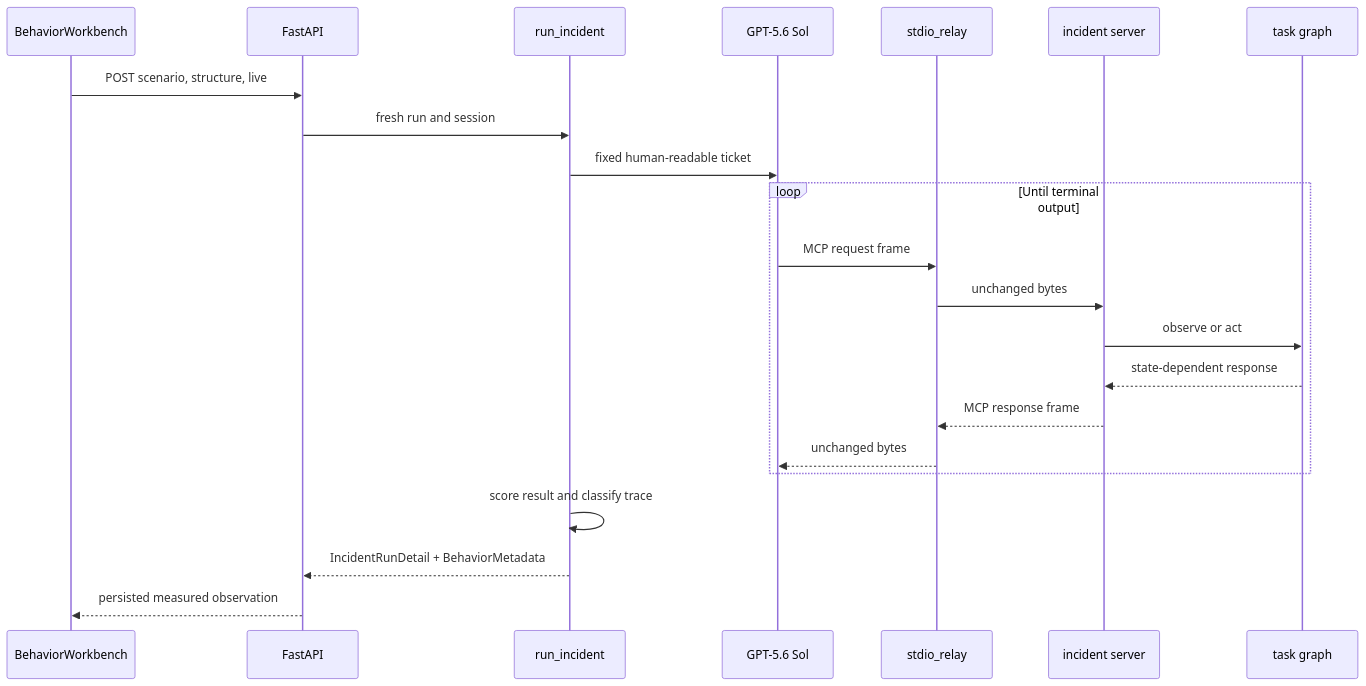
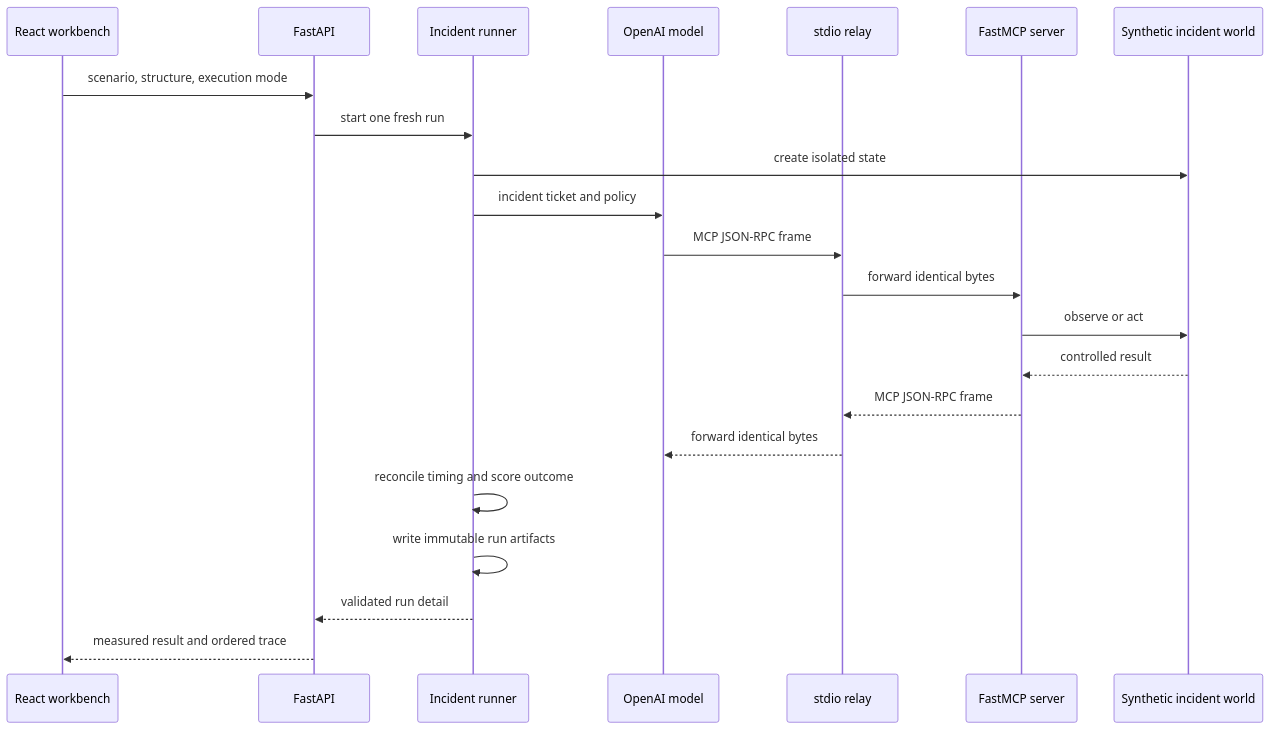
Before and after one commit to madhavpr191221/agentic-ai-statistics: the first of 2 diagrams in docs/CODE_FLOW.md, drawn with Mermaid. The commit also changed other lines of this file and 77 other files, not shown here.

````diff
--- a/docs/CODE_FLOW.md
+++ b/docs/CODE_FLOW.md
@@ -949,25 +7,25 @@
 ```mermaid
 sequenceDiagram
-    participant UI as BehaviorWorkbench
+    participant UI as React workbench
     participant API as FastAPI
-    participant Run as run_incident
-    participant Model as GPT-5.6 Sol
-    participant Relay as stdio_relay
-    participant MCP as incident server
-    participant World as task graph
+    participant Runner as Incident runner
+    participant Model as OpenAI model
+    participant Relay as stdio relay
+    participant Server as FastMCP server
+    participant World as Synthetic incident world
 
-    UI->>API: POST scenario, structure, live
-    API->>Run: fresh run and session
-    Run->>Model: fixed human-readable ticket
-    loop Until terminal output
-        Model->>Relay: MCP request frame
-        Relay->>MCP: unchanged bytes
-        MCP->>World: observe or act
-        World-->>MCP: state-dependent response
-        MCP-->>Relay: MCP response frame
-        Relay-->>Model: unchanged bytes
-    end
-    Run->>Run: score result and classify trace
-    Run-->>API: IncidentRunDetail + BehaviorMetadata
-    API-->>UI: persisted measured observation
+    UI->>API: scenario, structure, execution mode
+    API->>Runner: start one fresh run
+    Runner->>World: create isolated state
+    Runner->>Model: incident ticket and policy
+    Model->>Relay: MCP JSON-RPC frame
+    Relay->>Server: forward identical bytes
+    Server->>World: observe or act
+    World-->>Server: controlled result
+    Server-->>Relay: MCP JSON-RPC frame
+    Relay-->>Model: forward identical bytes
+    Runner->>Runner: reconcile timing and score outcome
+    Runner->>Runner: write immutable run artifacts
+    Runner-->>API: validated run detail
+    API-->>UI: measured result and ordered trace
 ```
````
